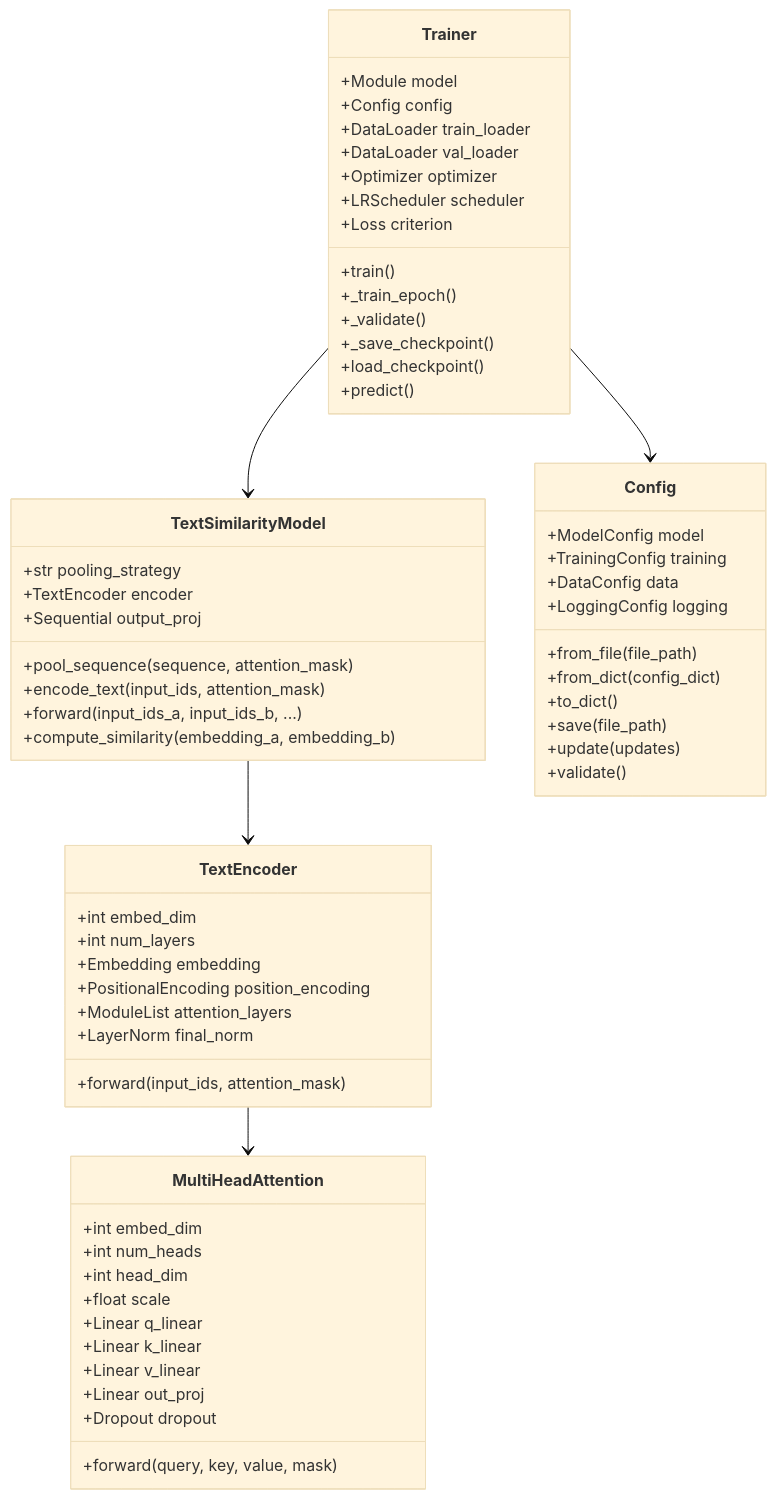
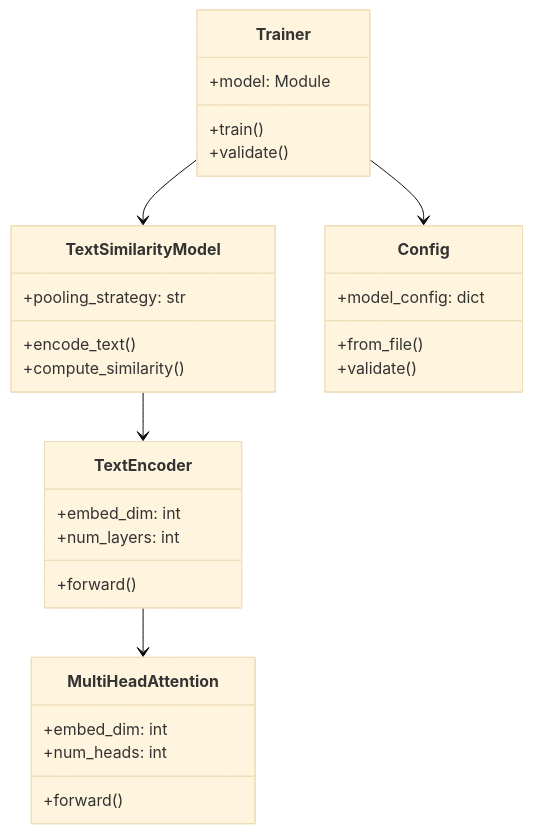
Before and after one commit to lizhenping/multi-head-self-attention: the sixth of 7 diagrams in docs/architecture.md, drawn with Mermaid (base theme). The commit also changed other lines of this file, not shown here.

````diff
--- a/docs/architecture.md
+++ b/docs/architecture.md
@@ -235,69 +158,37 @@
 ```mermaid
 classDiagram
     class MultiHeadAttention {
-        +int embed_dim
-        +int num_heads
-        +int head_dim
-        +float scale
-        +Linear q_linear
-        +Linear k_linear
-        +Linear v_linear
-        +Linear out_proj
-        +Dropout dropout
-        +forward(query, key, value, mask)
+        +embed_dim: int
+        +num_heads: int
+        +forward()
     }
     
     class TextEncoder {
-        +int embed_dim
-        +int num_layers
-        +Embedding embedding
-        +PositionalEncoding position_encoding
-        +ModuleList attention_layers
-        +LayerNorm final_norm
-        +forward(input_ids, attention_mask)
+        +embed_dim: int
+        +num_layers: int
+        +forward()
     }
     
     class TextSimilarityModel {
-        +str pooling_strategy
-        +TextEncoder encoder
-        +Sequential output_proj
-        +pool_sequence(sequence, attention_mask)
-        +encode_text(input_ids, attention_mask)
-        +forward(input_ids_a, input_ids_b, ...)
-        +compute_similarity(embedding_a, embedding_b)
+        +pooling_strategy: str
+        +encode_text()
+        +compute_similarity()
     }
     
     class Trainer {
-        +Module model
-        +Config config
-        +DataLoader train_loader
-        +DataLoader val_loader
-        +Optimizer optimizer
-        +LRScheduler scheduler
-        +Loss criterion
+        +model: Module
         +train()
-        +_train_epoch()
-        +_validate()
-        +_save_checkpoint()
-        +load_checkpoint()
-        +predict()
+        +validate()
     }
     
     class Config {
-        +ModelConfig model
-        +TrainingConfig training
-        +DataConfig data
-        +LoggingConfig logging
-        +from_file(file_path)
-        +from_dict(config_dict)
-        +to_dict()
-        +save(file_path)
-        +update(updates)
+        +model_config: dict
+        +from_file()
         +validate()
     }
     
     TextSimilarityModel --> TextEncoder
     TextEncoder --> MultiHeadAttention
     Trainer --> TextSimilarityModel
     Trainer --> Config
 ```
````
